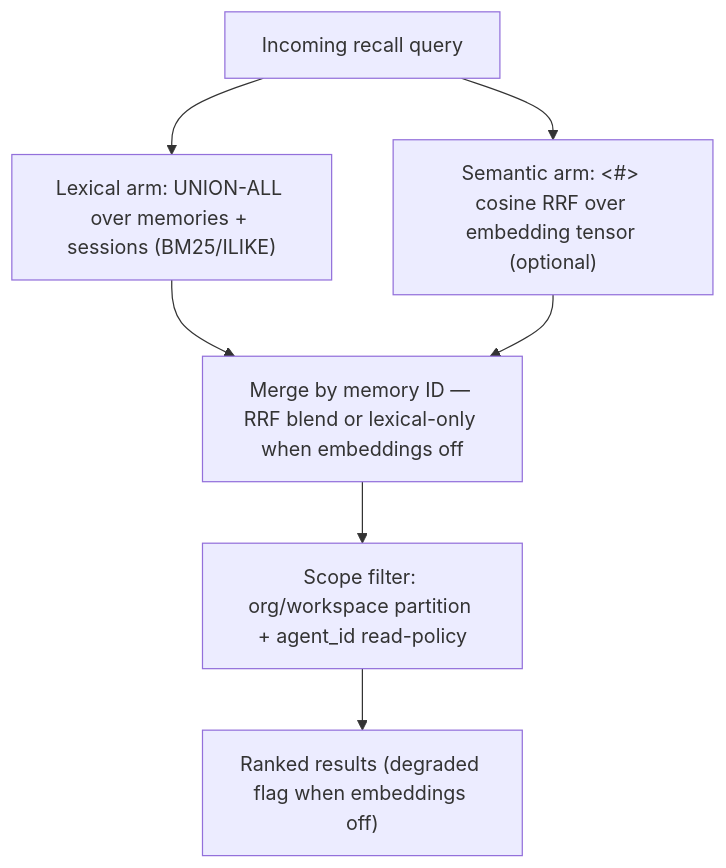
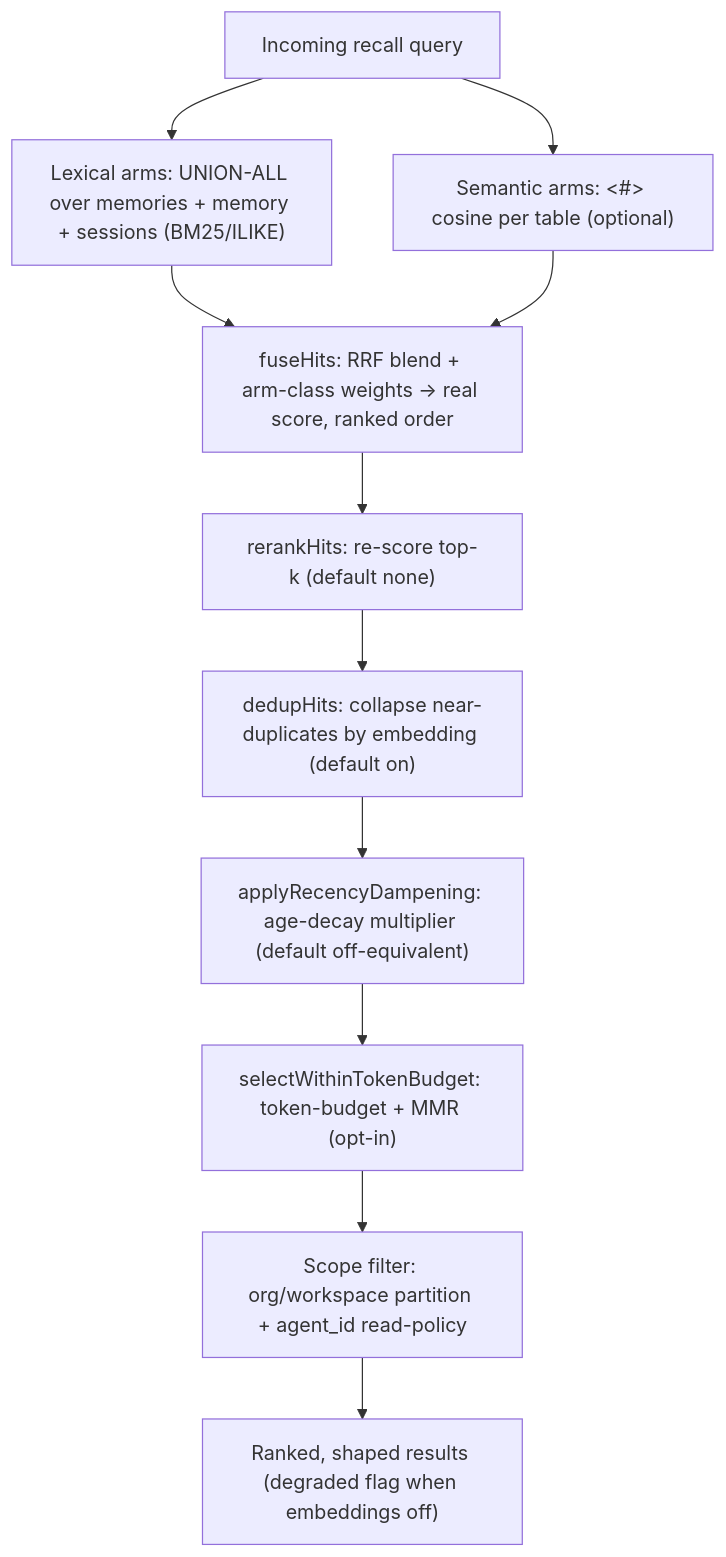
One commit to legioncodeinc/honeycomb changed the diagram in library/knowledge/private/ai/retrieval.md. Above: the diagram before and after it, drawn with Mermaid. The commit also changed other lines of this file and 24 other files, not shown here.

````diff
--- a/library/knowledge/private/ai/retrieval.md
+++ b/library/knowledge/private/ai/retrieval.md
@@ -23,9 +26,13 @@
 ```mermaid
 flowchart TD
     query["Incoming recall query"] --> lexical
-    lexical["Lexical arm: UNION-ALL over memories + sessions (BM25/ILIKE)"] --> merge
     query --> semantic
-    semantic["Semantic arm: <#> cosine RRF over embedding tensor (optional)"] --> merge
-    merge["Merge by memory ID — RRF blend or lexical-only when embeddings off"] --> scope
-    scope["Scope filter: org/workspace partition + agent_id read-policy"] --> out["Ranked results (degraded flag when embeddings off)"]
+    lexical["Lexical arms: UNION-ALL over memories + memory + sessions (BM25/ILIKE)"] --> fuse
+    semantic["Semantic arms: &lt;#&gt; cosine per table (optional)"] --> fuse
+    fuse["fuseHits: RRF blend + arm-class weights → real score, ranked order"] --> rerank
+    rerank["rerankHits: re-score top-k (default none)"] --> dedup
+    dedup["dedupHits: collapse near-duplicates by embedding (default on)"] --> recency
+    recency["applyRecencyDampening: age-decay multiplier (default off-equivalent)"] --> assemble
+    assemble["selectWithinTokenBudget: token-budget + MMR (opt-in)"] --> scope
+    scope["Scope filter: org/workspace partition + agent_id read-policy"] --> out["Ranked, shaped results (degraded flag when embeddings off)"]
 ```
````
